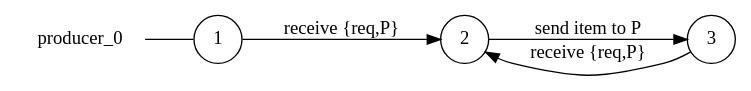
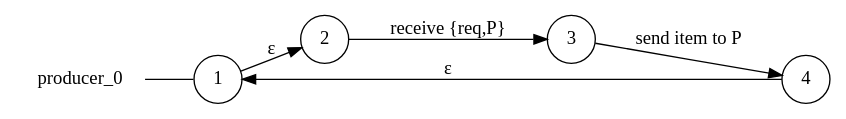
The diagram in examples/producer/producer_0_local_view.dot (gabrielegenovese/chorer), drawn with Graphviz before and after one commit. The commit also changed 37 other files, not shown here.

```diff
--- a/examples/producer/producer_0_local_view.dot
+++ b/examples/producer/producer_0_local_view.dot
@@ -1,12 +1,14 @@
 digraph producer_0 {
 	rankdir="LR";
 	n_0 [label="producer_0", shape="plaintext"];
 	n_1 [id="1", shape=circle, label="1"];
 	n_0 -> n_1 [arrowhead=none];
 	n_2 [id="2", shape=circle, label="2"];
-	n_3 [id="3", shape=circle, label="3"];
+	n_3 [id="4", shape=circle, label="4"];
+	n_4 [id="3", shape=circle, label="3"];
 
-	n_1 -> n_2 [id="[$e|0]", label="receive {req,P}"];
-	n_3 -> n_2 [id="[$e|1]", label="receive {req,P}"];
-	n_2 -> n_3 [id="[$e|2]", label="send item to P"];
+	n_1 -> n_2 [id="[$e|0]", label="ɛ"];
+	n_3 -> n_1 [id="[$e|3]", label="ɛ"];
+	n_4 -> n_3 [id="[$e|2]", label="send item to P"];
+	n_2 -> n_4 [id="[$e|1]", label="receive {req,P}"];
 }
```
